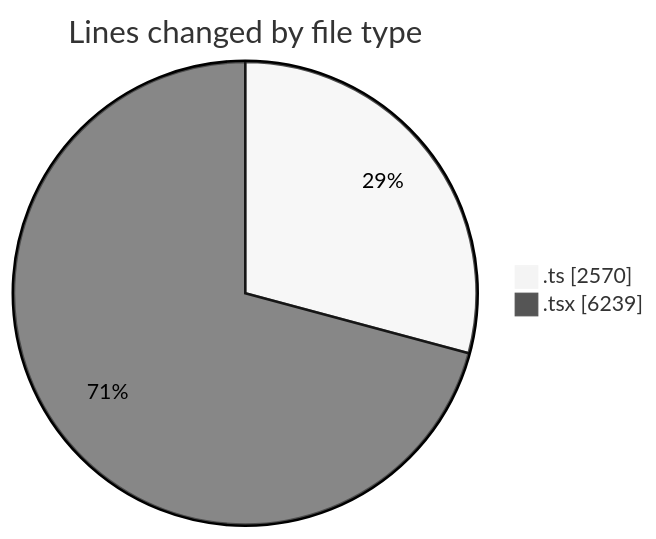
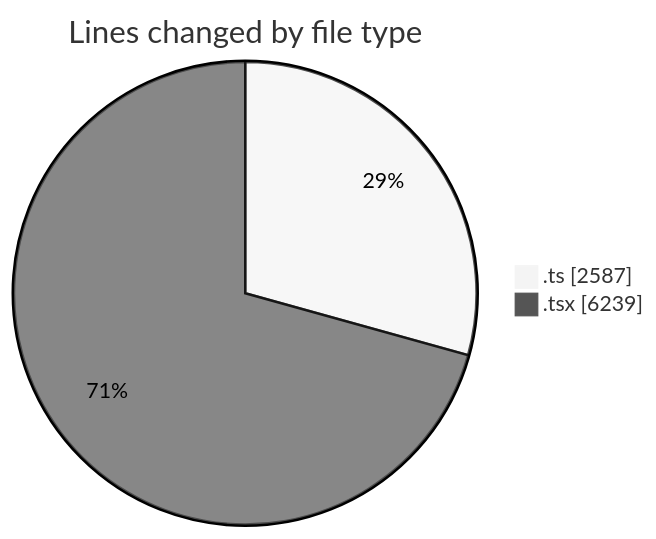
Before and after one commit to momahboobian/code-tracking: the first of 2 diagrams in 2025-07-01/cda/README.md, drawn with Mermaid (neutral theme). The commit also changed other lines of this file and 1 other file, not shown here.

````diff
--- a/2025-07-01/cda/README.md
+++ b/2025-07-01/cda/README.md
@@ -44,6 +44,6 @@
 ```mermaid
 pie showData
 title Lines changed by file type
-".ts" : 2570
+".ts" : 2587
 ".tsx" : 6239
 ```
````
